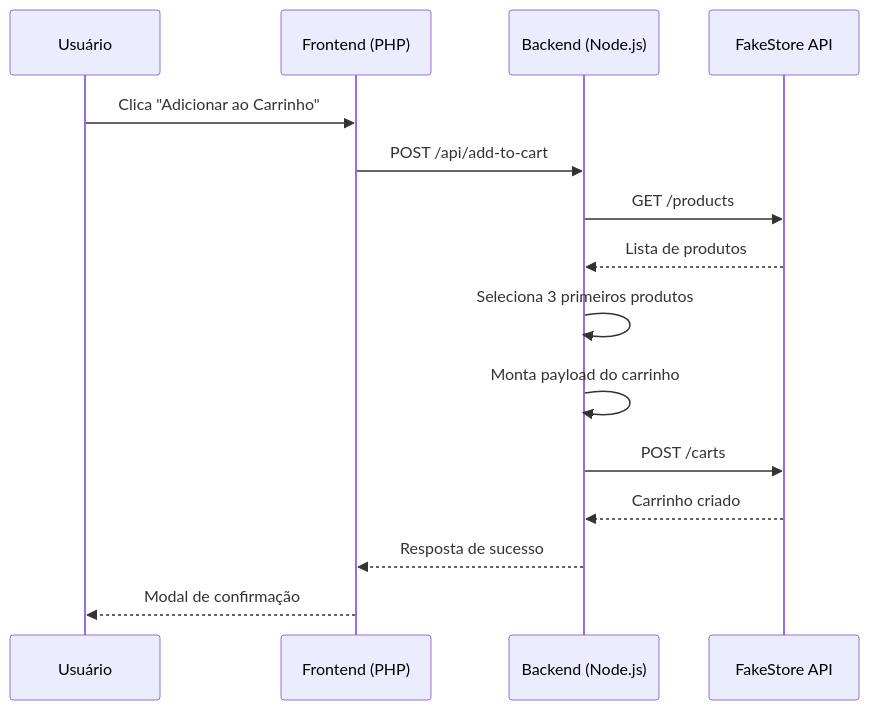
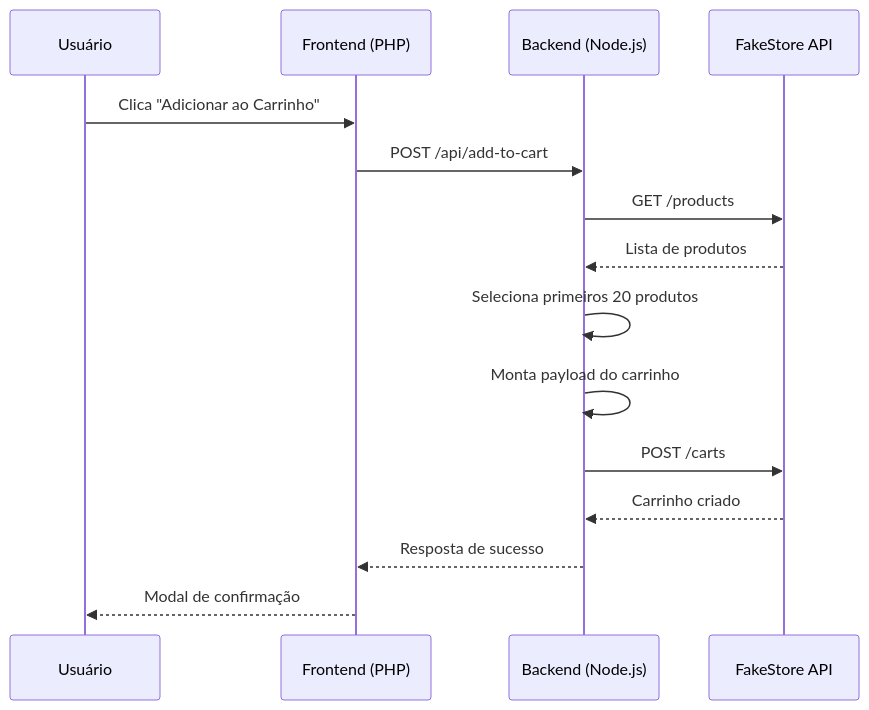
One commit to caueeex/fakestore-api-integration changed the first of 2 diagrams in README.md. Above: the diagram before and after it, drawn with Mermaid. The commit also changed other lines of this file, not shown here.

````diff
--- a/README.md
+++ b/README.md
@@ -65,18 +81,18 @@
 ```mermaid
 sequenceDiagram
     participant U as Usuário
     participant F as Frontend (PHP)
     participant B as Backend (Node.js)
     participant A as FakeStore API
 
     U->>F: Clica "Adicionar ao Carrinho"
     F->>B: POST /api/add-to-cart
     B->>A: GET /products
     A-->>B: Lista de produtos
-    B->>B: Seleciona 3 primeiros produtos
+    B->>B: Seleciona primeiros 20 produtos
     B->>B: Monta payload do carrinho
     B->>A: POST /carts
     A-->>B: Carrinho criado
     B-->>F: Resposta de sucesso
     F-->>U: Modal de confirmação
 ```
````
